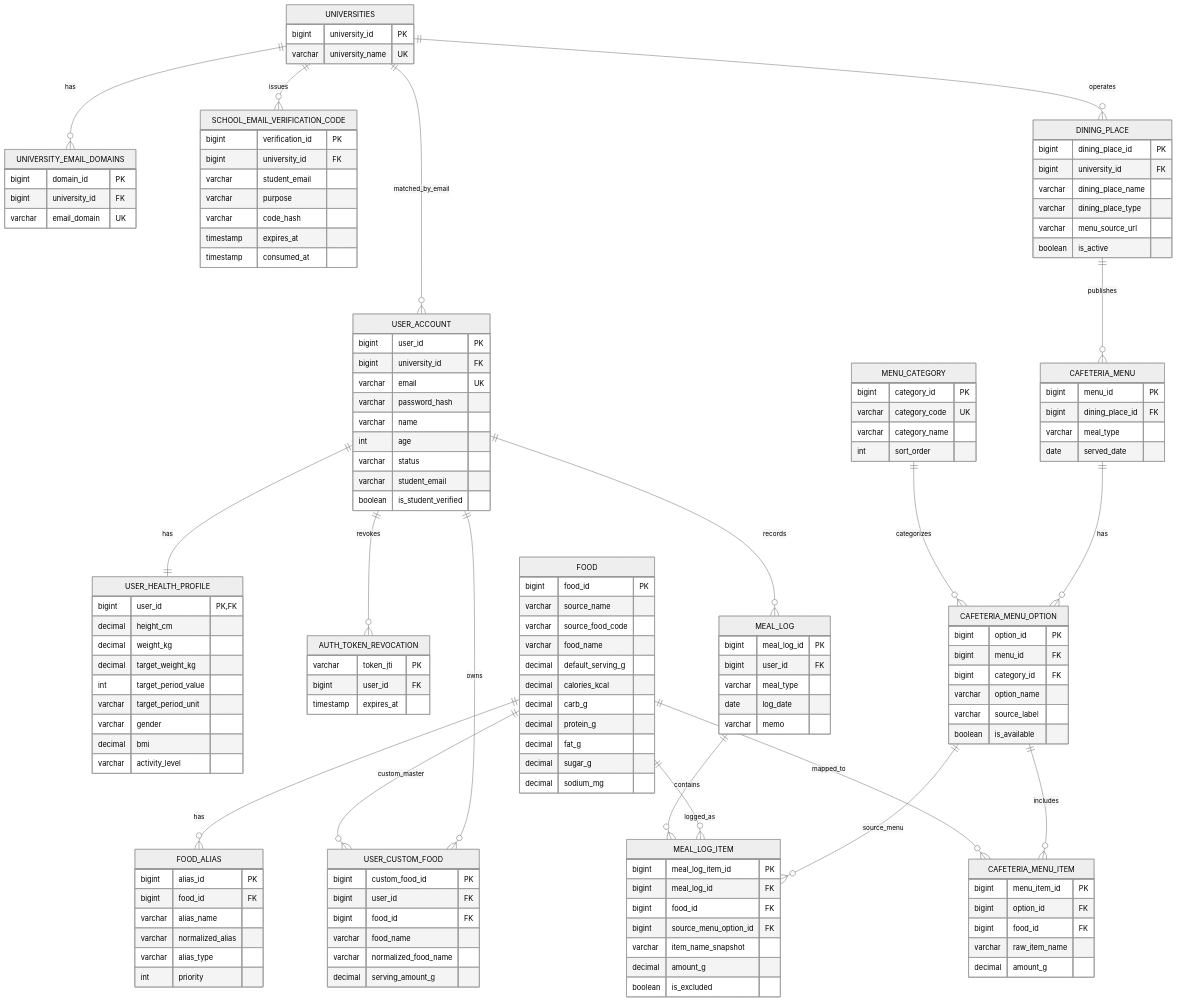
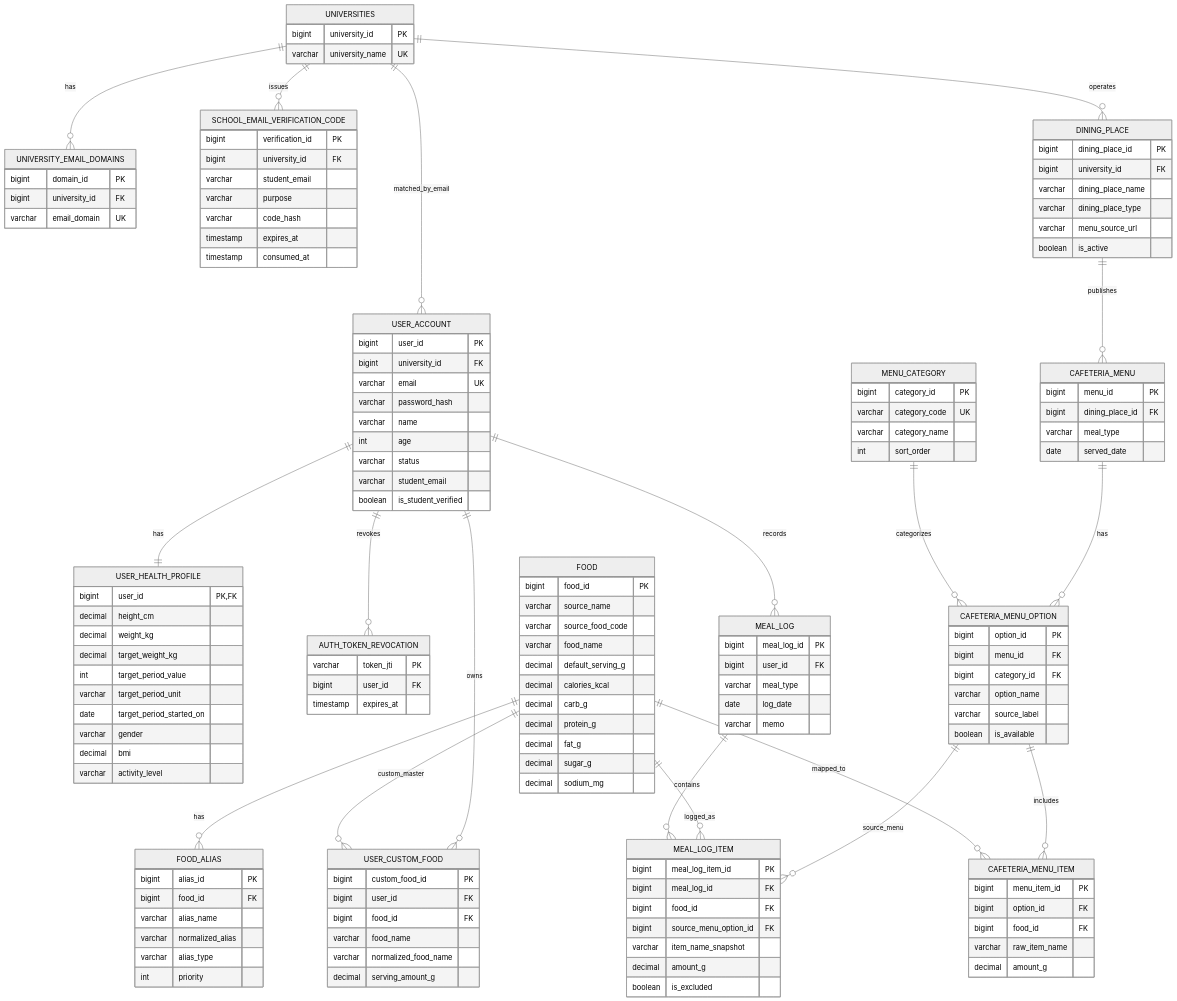
The diagram in docs/ERD.md (Kkirok2026/kkirok-backend), drawn with Mermaid (neutral theme) before and after one commit. The commit also changed 6 other files, not shown here.

Commit message:
Add target period start tracking

```diff
--- a/docs/ERD.md
+++ b/docs/ERD.md
@@ -79,6 +79,7 @@
         decimal target_weight_kg
         int target_period_value
         varchar target_period_unit
+        date target_period_started_on
         varchar gender
         decimal bmi
         varchar activity_level
```
